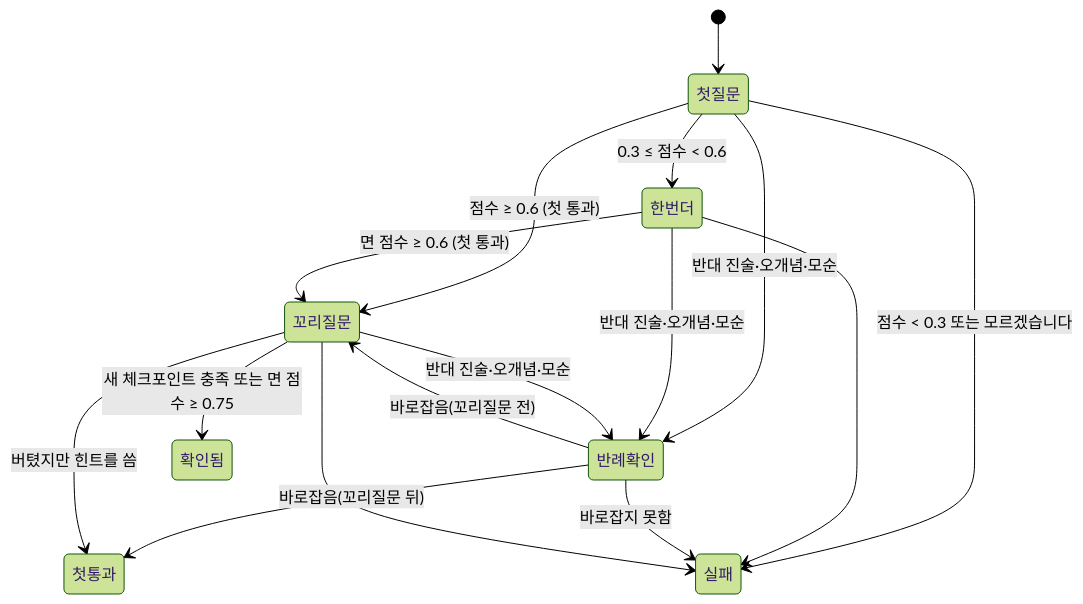
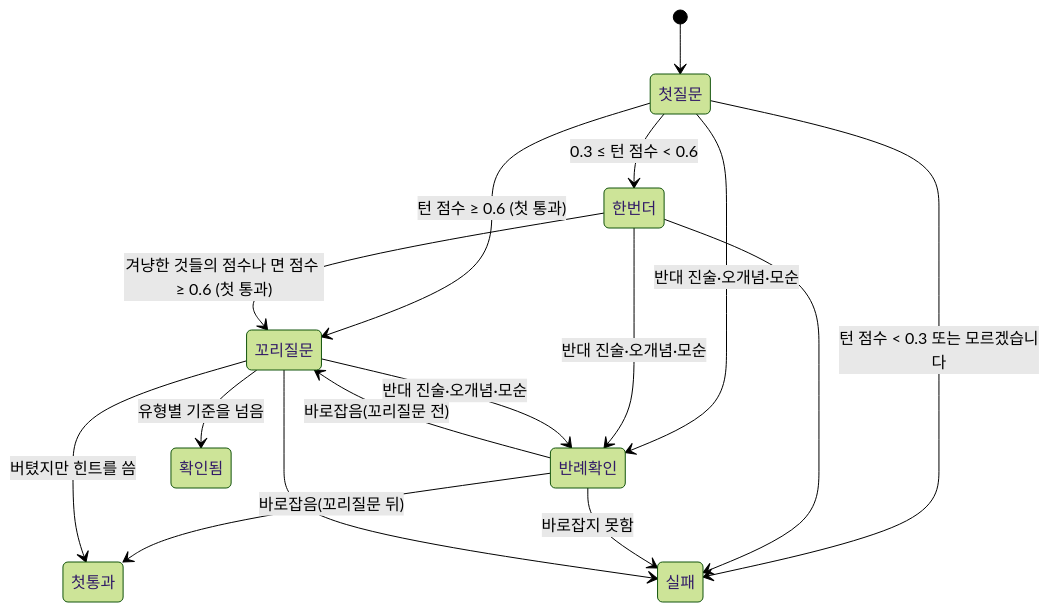
The second of 2 diagrams in Docs/architecture/interview-engine.md (algocean1204/Kari-docs-helper-with-ai), drawn with Mermaid (forest theme) before and after one commit. The commit also changed other lines of this file and 19 other files, not shown here.

````diff
--- a/Docs/architecture/interview-engine.md
+++ b/Docs/architecture/interview-engine.md
@@ -103,18 +103,18 @@
 ```mermaid
 stateDiagram-v2
   [*] --> 첫질문
-  첫질문 --> 꼬리질문: 점수 ≥ 0.6 (첫 통과)
-  첫질문 --> 한번더: 0.3 ≤ 점수 < 0.6
-  첫질문 --> 실패: 점수 < 0.3 또는 모르겠습니다
-  한번더 --> 꼬리질문: 면 점수 ≥ 0.6 (첫 통과)
+  첫질문 --> 꼬리질문: 턴 점수 ≥ 0.6 (첫 통과)
+  첫질문 --> 한번더: 0.3 ≤ 턴 점수 < 0.6
+  첫질문 --> 실패: 턴 점수 < 0.3 또는 모르겠습니다
+  한번더 --> 꼬리질문: 겨냥한 것들의 점수나 면 점수 ≥ 0.6 (첫 통과)
   한번더 --> 실패
   첫질문 --> 반례확인: 반대 진술·오개념·모순
   한번더 --> 반례확인: 반대 진술·오개념·모순
   꼬리질문 --> 반례확인: 반대 진술·오개념·모순
   반례확인 --> 꼬리질문: 바로잡음(꼬리질문 전)
   반례확인 --> 첫통과: 바로잡음(꼬리질문 뒤)
   반례확인 --> 실패: 바로잡지 못함
-  꼬리질문 --> 확인됨: 새 체크포인트 충족 또는 면 점수 ≥ 0.75
+  꼬리질문 --> 확인됨: 유형별 기준을 넘음
   꼬리질문 --> 첫통과: 버텼지만 힌트를 씀
   꼬리질문 --> 실패
 ```
````
